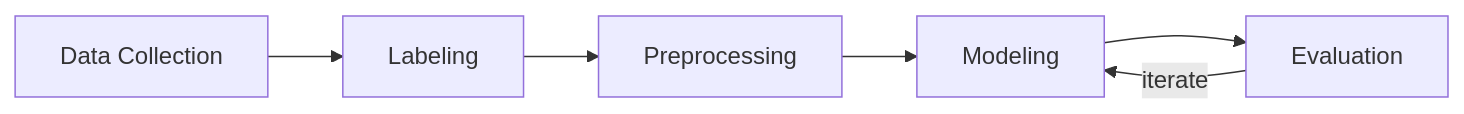
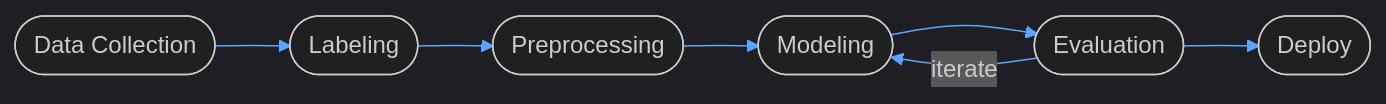
The diagram in README.md (deadwishmen/deadwishmen), drawn with Mermaid before and after one commit. The commit also changed other lines of this file, not shown here.

````diff
--- a/README.md
+++ b/README.md
@@ -61,8 +92,10 @@
 ```mermaid
+%%{init: {'theme':'dark','themeVariables':{'primaryColor':'#0d1117','primaryBorderColor':'#58a6ff','lineColor':'#58a6ff','primaryTextColor':'#c9d1d9'}}}%%
 flowchart LR
-    A[Data Collection] --> B[Labeling]
-    B --> C[Preprocessing]
-    C --> D[Modeling]
-    D --> E[Evaluation]
+    A([Data Collection]) --> B([Labeling])
+    B --> C([Preprocessing])
+    C --> D([Modeling])
+    D --> E([Evaluation])
     E -->|iterate| D
+    E --> F([Deploy])
 ```
````
